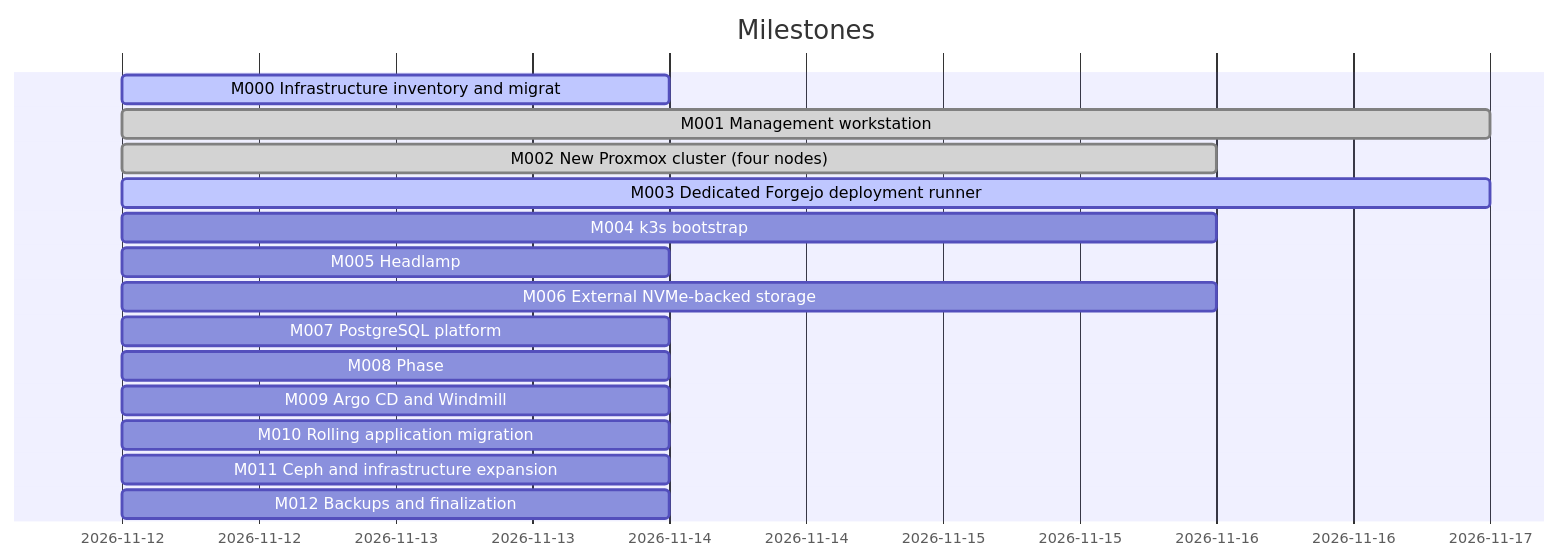
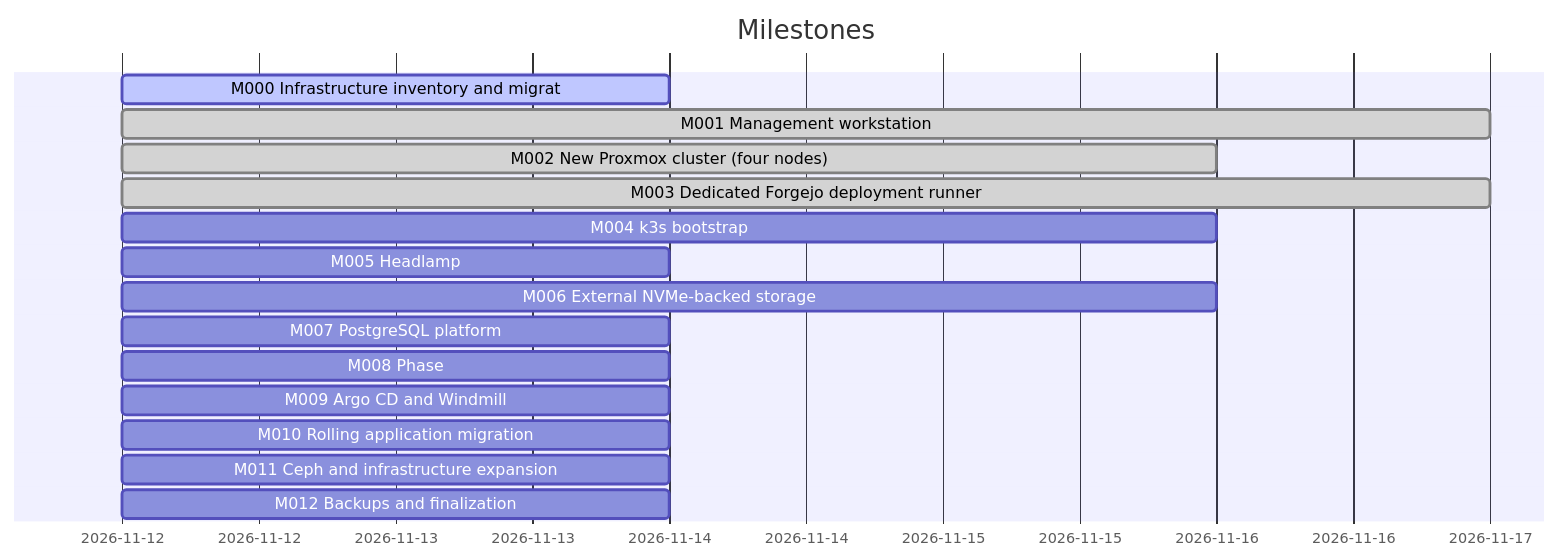
The diagram in docs/dashboard.md (doku-code/homelab-iac), drawn with Mermaid before and after one commit. The commit also changed other lines of this file and 6 other files, not shown here.

First line of the commit message:
docs(m003): close the deployment runner milestone with the end-to-end proof

````diff
--- a/docs/dashboard.md
+++ b/docs/dashboard.md
@@ -35,18 +35,18 @@
 ```mermaid
 gantt
     dateFormat YYYY-MM-DD
     title Milestones
     M000 Infrastructure inventory and migrat :active, m000, 2026-11-12, 2026-11-14
     M001 Management workstation :done, m001, 2026-11-12, 2026-11-17
     M002 New Proxmox cluster (four nodes) :done, m002, 2026-11-12, 2026-11-16
-    M003 Dedicated Forgejo deployment runner :active, m003, 2026-11-12, 2026-11-17
+    M003 Dedicated Forgejo deployment runner :done, m003, 2026-11-12, 2026-11-17
     M004 k3s bootstrap :m004, 2026-11-12, 2026-11-16
     M005 Headlamp :m005, 2026-11-12, 2026-11-14
     M006 External NVMe-backed storage :m006, 2026-11-12, 2026-11-16
     M007 PostgreSQL platform :m007, 2026-11-12, 2026-11-14
     M008 Phase :m008, 2026-11-12, 2026-11-14
     M009 Argo CD and Windmill :m009, 2026-11-12, 2026-11-14
     M010 Rolling application migration :m010, 2026-11-12, 2026-11-14
     M011 Ceph and infrastructure expansion :m011, 2026-11-12, 2026-11-14
     M012 Backups and finalization :m012, 2026-11-12, 2026-11-14
 ```
````
